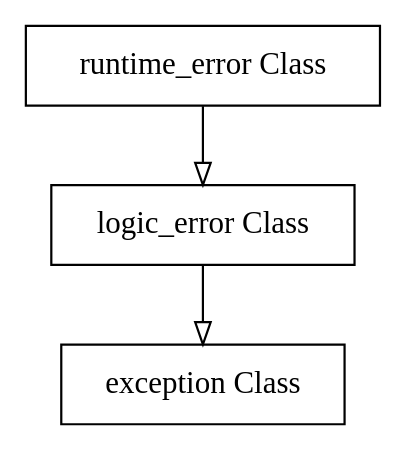
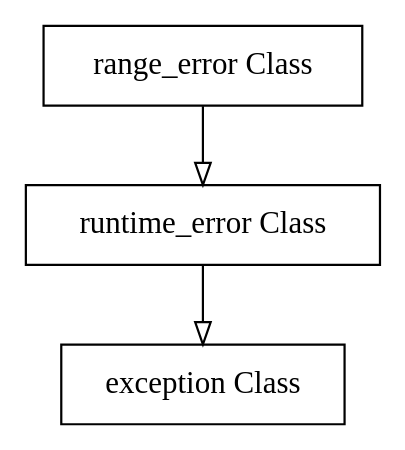
One commit to Jon-Webb-79/cppsalt changed the eighth of 20 diagrams in docs/doxygen/sphinx_docs/Exception.rst. Above: the diagram before and after it, drawn with Graphviz. The commit also changed other lines of this file and 1 other file, not shown here.

```diff
--- a/docs/doxygen/sphinx_docs/Exception.rst
+++ b/docs/doxygen/sphinx_docs/Exception.rst
@@ -451,10 +567,10 @@
 .. graphviz::
 
    digraph inheritance {
        node [shape=box];
        edge [color=black, arrowhead=onormal];
        "exception" [label="exception Class"];
-       "logic_error" [label="logic_error Class"];
        "runtime_error" [label="runtime_error Class"];
-       "runtime_error" -> "logic_error" -> "exception";
+       "range_error" [label="range_error Class"];
+       "range_error" -> "runtime_error" -> "exception";
    }
```
